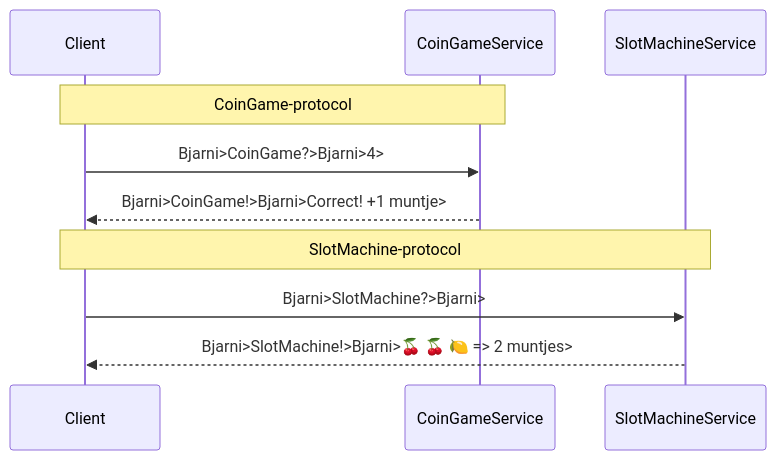
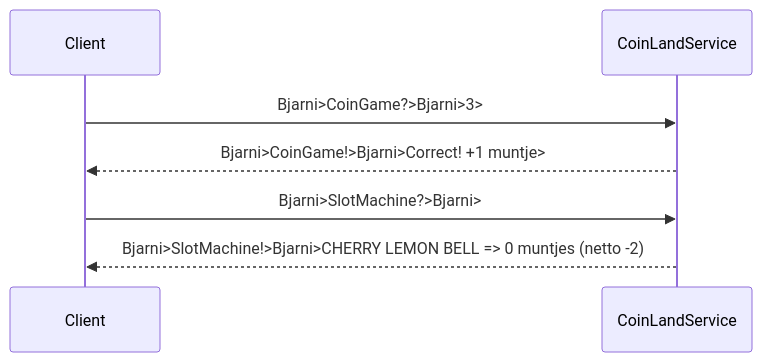
Before and after one commit to BjarniHeselmans/NetworkProgramming: the third of 3 diagrams in README.md, drawn with Mermaid. The commit also changed other lines of this file, not shown here.

````diff
--- a/README.md
+++ b/README.md
@@ -57,14 +71,11 @@
 ```mermaid
 sequenceDiagram
     participant Client
-    participant CoinGameService
-    participant SlotMachineService
+    participant CoinLandService
 
-    Note over Client,CoinGameService: CoinGame-protocol
-    Client->>CoinGameService: Bjarni>CoinGame?>Bjarni>4>
-    CoinGameService-->>Client: Bjarni>CoinGame!>Bjarni>Correct! +1 muntje>
+    Client->>CoinLandService: Bjarni>CoinGame?>Bjarni>3>
+    CoinLandService-->>Client: Bjarni>CoinGame!>Bjarni>Correct! +1 muntje>
 
-    Note over Client,SlotMachineService: SlotMachine-protocol
-    Client->>SlotMachineService: Bjarni>SlotMachine?>Bjarni>
-    SlotMachineService-->>Client: Bjarni>SlotMachine!>Bjarni>🍒 🍒 🍋 => 2 muntjes>
+    Client->>CoinLandService: Bjarni>SlotMachine?>Bjarni>
+    CoinLandService-->>Client: Bjarni>SlotMachine!>Bjarni>CHERRY LEMON BELL => 0 muntjes (netto -2)
 ```
````
